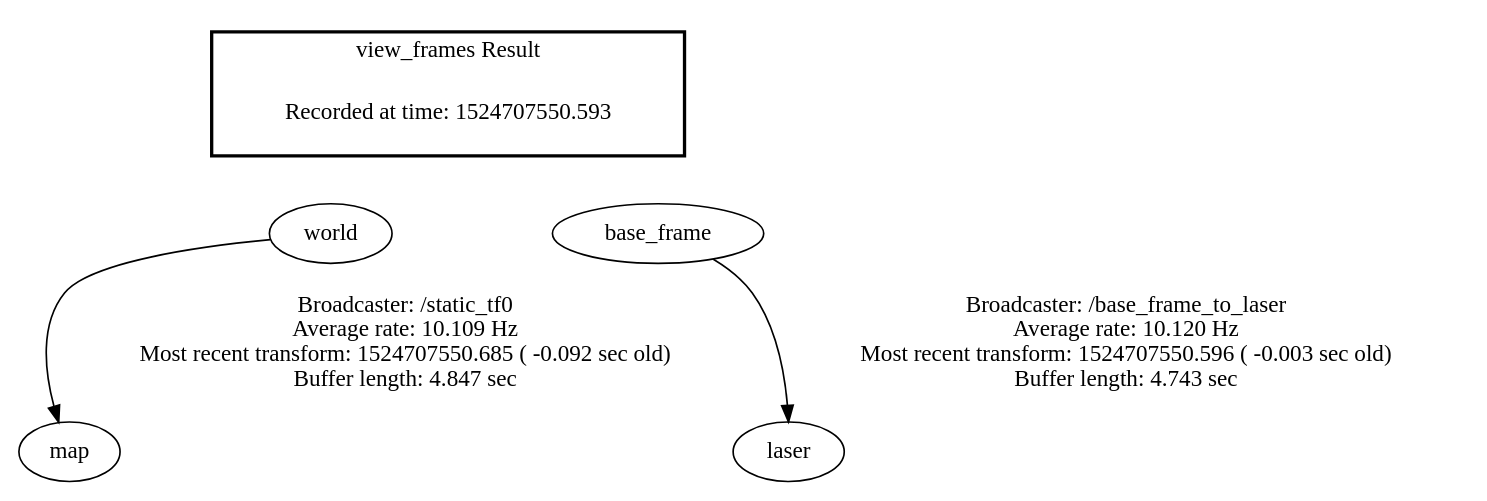
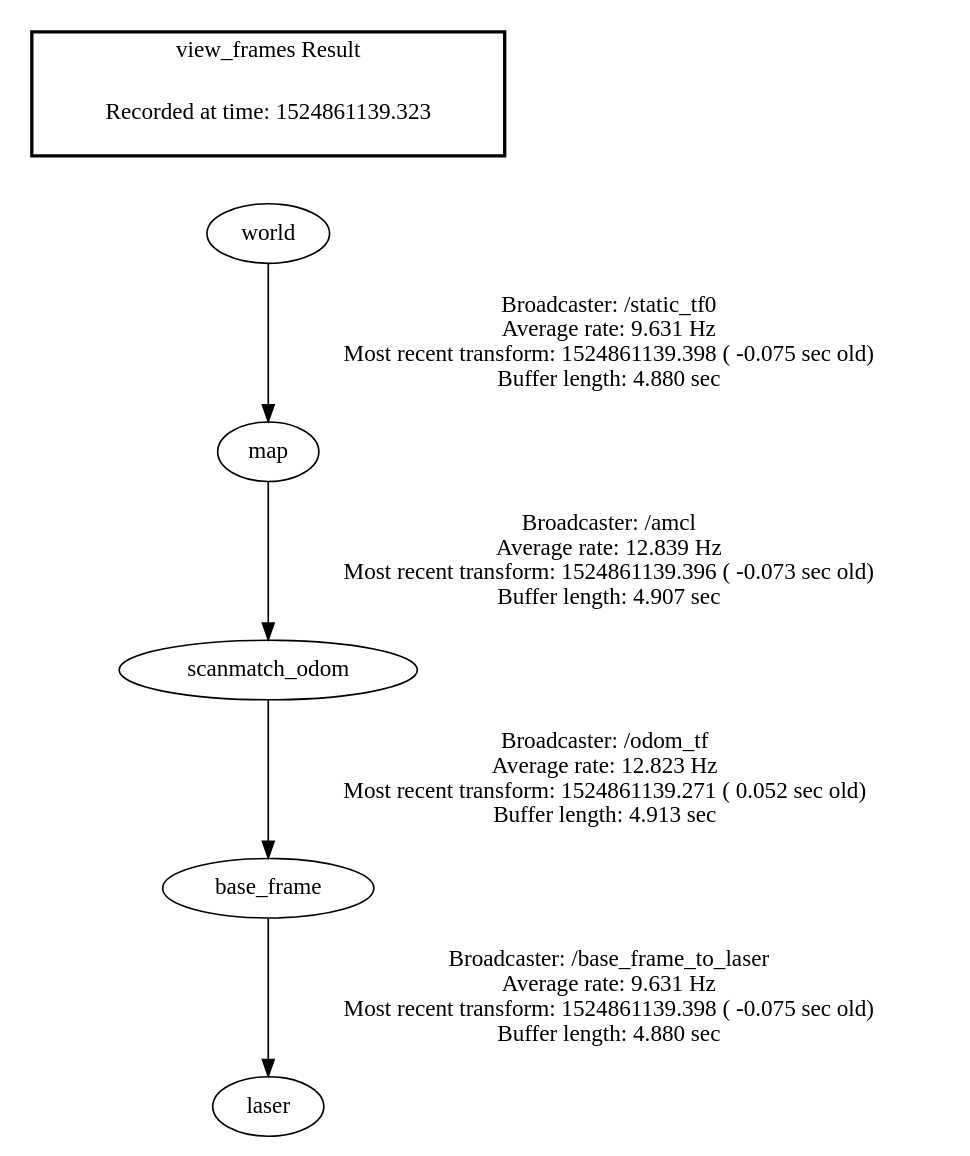
One commit to anlam915/rc_car changed the diagram in src/rc_car/frames.gv. Above: the diagram before and after it, drawn with Graphviz. The commit also changed 26 other files, not shown here.

```diff
--- a/src/rc_car/frames.gv
+++ b/src/rc_car/frames.gv
@@ -1,12 +1,10 @@
 digraph G {
-"world" -> "map"[label="Broadcaster: /static_tf0\nAverage rate: 10.109 Hz\nMost recent transform: 1524707550.685 ( -0.092 sec old)\nBuffer length: 4.847 sec\n"];
-"base_frame" -> "laser"[label="Broadcaster: /base_frame_to_laser\nAverage rate: 10.120 Hz\nMost recent transform: 1524707550.596 ( -0.003 sec old)\nBuffer length: 4.743 sec\n"];
+"scanmatch_odom" -> "base_frame"[label="Broadcaster: /odom_tf\nAverage rate: 12.823 Hz\nMost recent transform: 1524861139.271 ( 0.052 sec old)\nBuffer length: 4.913 sec\n"];
+"map" -> "scanmatch_odom"[label="Broadcaster: /amcl\nAverage rate: 12.839 Hz\nMost recent transform: 1524861139.396 ( -0.073 sec old)\nBuffer length: 4.907 sec\n"];
+"world" -> "map"[label="Broadcaster: /static_tf0\nAverage rate: 9.631 Hz\nMost recent transform: 1524861139.398 ( -0.075 sec old)\nBuffer length: 4.880 sec\n"];
+"base_frame" -> "laser"[label="Broadcaster: /base_frame_to_laser\nAverage rate: 9.631 Hz\nMost recent transform: 1524861139.398 ( -0.075 sec old)\nBuffer length: 4.880 sec\n"];
 edge [style=invis];
  subgraph cluster_legend { style=bold; color=black; label ="view_frames Result";
-"Recorded at time: 1524707550.593"[ shape=plaintext ] ;
+"Recorded at time: 1524861139.323"[ shape=plaintext ] ;
  }->"world";
-edge [style=invis];
- subgraph cluster_legend { style=bold; color=black; label ="view_frames Result";
-"Recorded at time: 1524707550.593"[ shape=plaintext ] ;
- }->"base_frame";
 }
```
